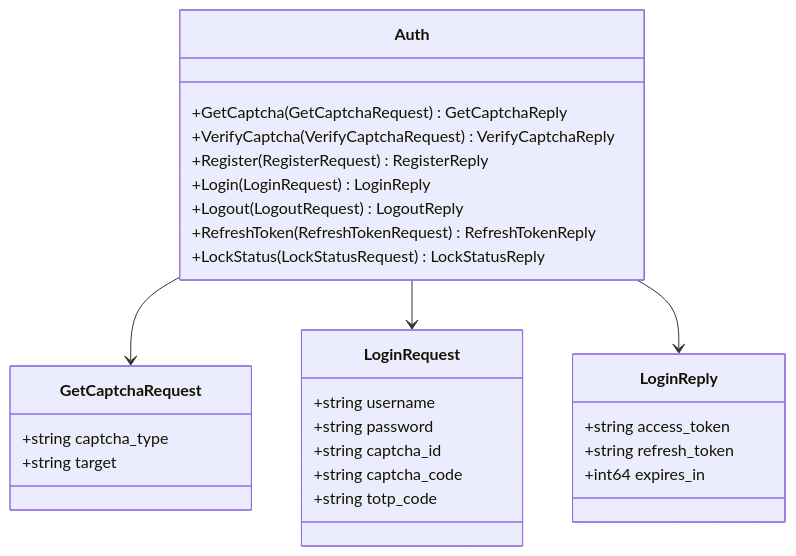
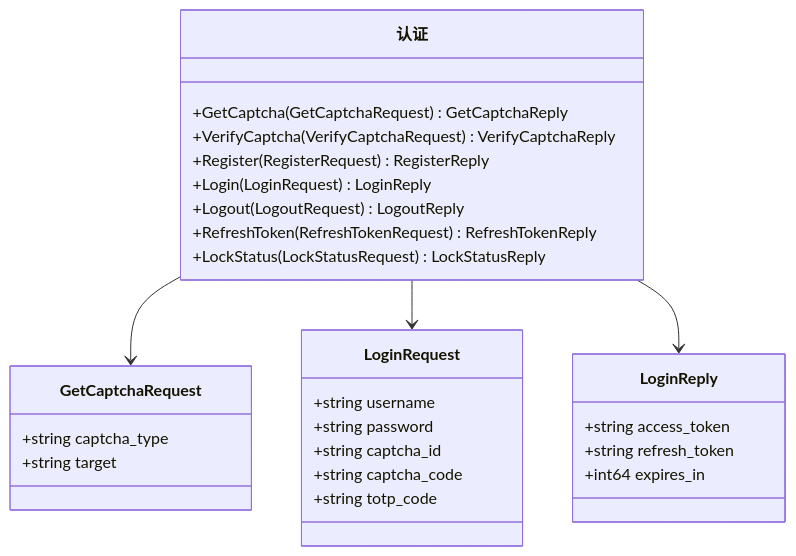
The third of 7 diagrams in .qoder/repowiki/zh/content/Backend Services/Authentication Service.md (26huitailang/kratos-boilerplate), drawn with Mermaid before and after one commit. The commit also changed other lines of this file and 31 other files, not shown here.

````diff
--- a/.qoder/repowiki/zh/content/Backend Services/Authentication Service.md
+++ b/.qoder/repowiki/zh/content/Backend Services/Authentication Service.md
@@ -106,31 +114,31 @@
 ```mermaid
 classDiagram
-class Auth {
+class 认证 {
 +GetCaptcha(GetCaptchaRequest) GetCaptchaReply
 +VerifyCaptcha(VerifyCaptchaRequest) VerifyCaptchaReply
 +Register(RegisterRequest) RegisterReply
 +Login(LoginRequest) LoginReply
 +Logout(LogoutRequest) LogoutReply
 +RefreshToken(RefreshTokenRequest) RefreshTokenReply
 +LockStatus(LockStatusRequest) LockStatusReply
 }
 class GetCaptchaRequest {
 +string captcha_type
 +string target
 }
 class LoginRequest {
 +string username
 +string password
 +string captcha_id
 +string captcha_code
 +string totp_code
 }
 class LoginReply {
 +string access_token
 +string refresh_token
 +int64 expires_in
 }
-Auth --> GetCaptchaRequest
-Auth --> LoginRequest
-Auth --> LoginReply
+认证 --> GetCaptchaRequest
+认证 --> LoginRequest
+认证 --> LoginReply
 ```
````
